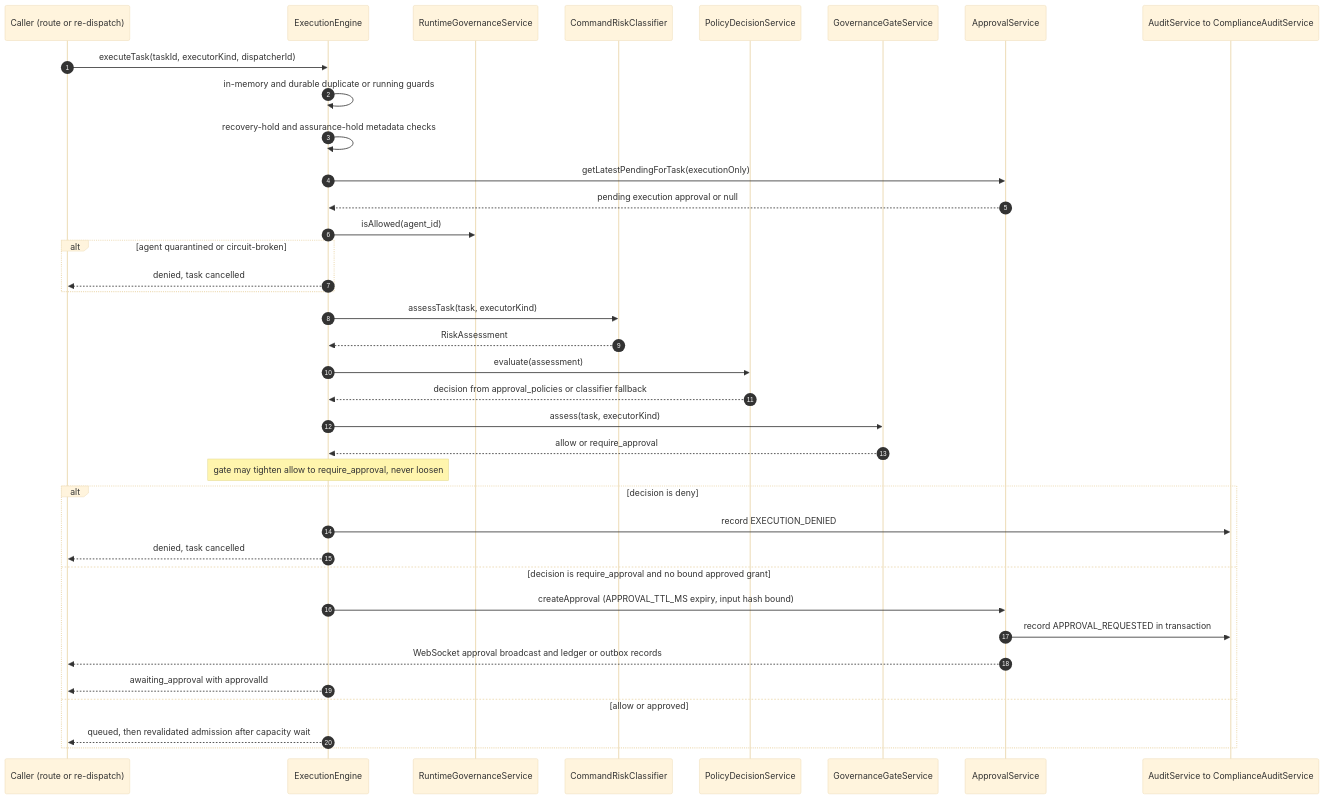
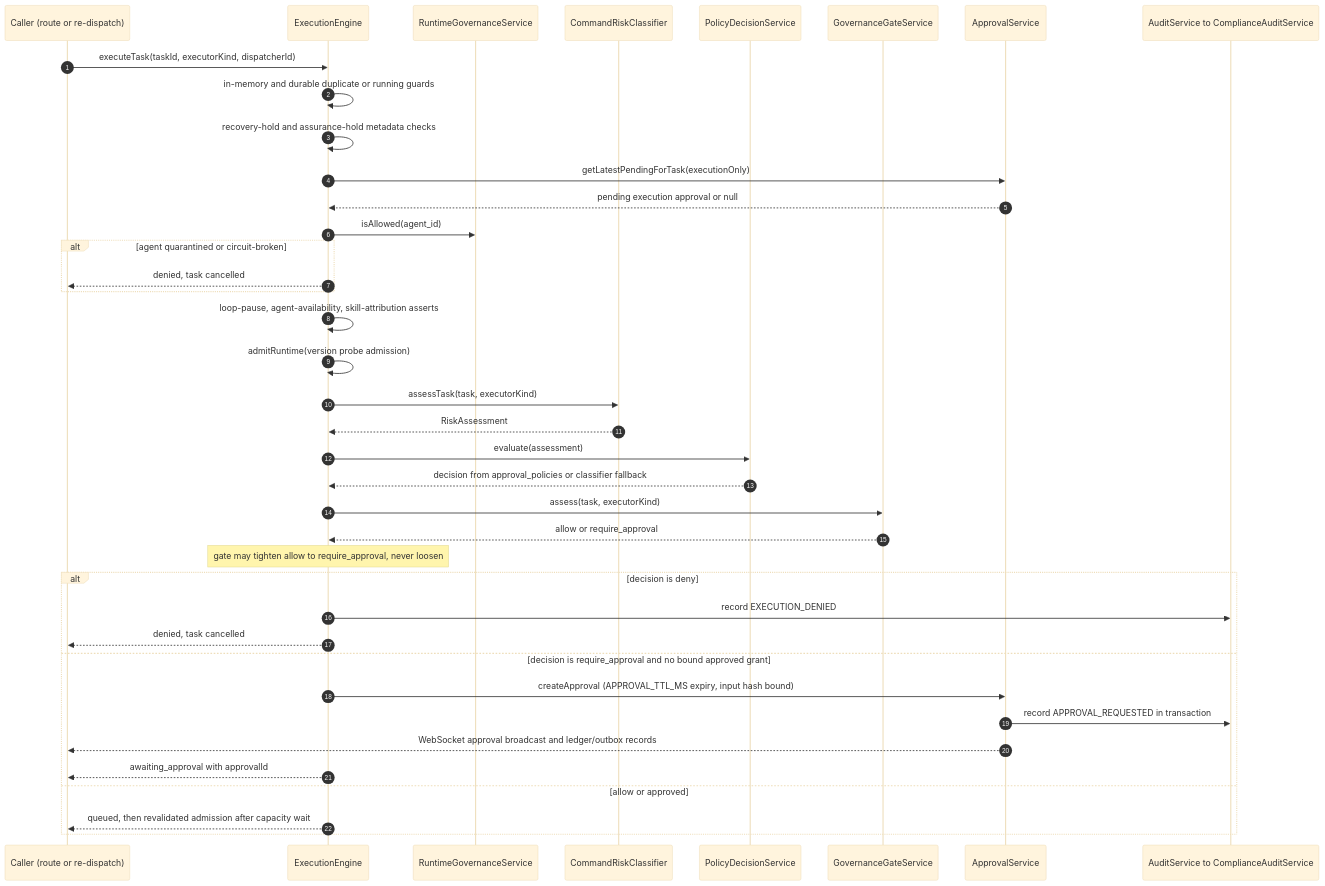
One commit to djimit/djimitflo changed the diagram in openwiki/concepts/governance-pipeline.md. Above: the diagram before and after it, drawn with Mermaid (base theme). The commit also changed other lines of this file and 45 other files, not shown here.

````diff
--- a/openwiki/concepts/governance-pipeline.md
+++ b/openwiki/concepts/governance-pipeline.md
@@ -79,40 +78,42 @@
 ```mermaid
 sequenceDiagram
     autonumber
     participant C as Caller (route or re-dispatch)
     participant E as ExecutionEngine
     participant R as RuntimeGovernanceService
     participant K as CommandRiskClassifier
     participant P as PolicyDecisionService
     participant G as GovernanceGateService
     participant A as ApprovalService
     participant D as AuditService to ComplianceAuditService
 
     C->>E: executeTask(taskId, executorKind, dispatcherId)
     E->>E: in-memory and durable duplicate or running guards
     E->>E: recovery-hold and assurance-hold metadata checks
     E->>A: getLatestPendingForTask(executionOnly)
     A-->>E: pending execution approval or null
     E->>R: isAllowed(agent_id)
     alt agent quarantined or circuit-broken
         E-->>C: denied, task cancelled
     end
+    E->>E: loop-pause, agent-availability, skill-attribution asserts
+    E->>E: admitRuntime(version probe admission)
     E->>K: assessTask(task, executorKind)
     K-->>E: RiskAssessment
     E->>P: evaluate(assessment)
     P-->>E: decision from approval_policies or classifier fallback
     E->>G: assess(task, executorKind)
     G-->>E: allow or require_approval
     Note over E: gate may tighten allow to require_approval, never loosen
     alt decision is deny
         E->>D: record EXECUTION_DENIED
         E-->>C: denied, task cancelled
     else decision is require_approval and no bound approved grant
         E->>A: createApproval (APPROVAL_TTL_MS expiry, input hash bound)
         A->>D: record APPROVAL_REQUESTED in transaction
-        A-->>C: WebSocket approval broadcast and ledger or outbox records
+        A-->>C: WebSocket approval broadcast and ledger/outbox records
         E-->>C: awaiting_approval with approvalId
     else allow or approved
         E-->>C: queued, then revalidated admission after capacity wait
     end
 ```
````
